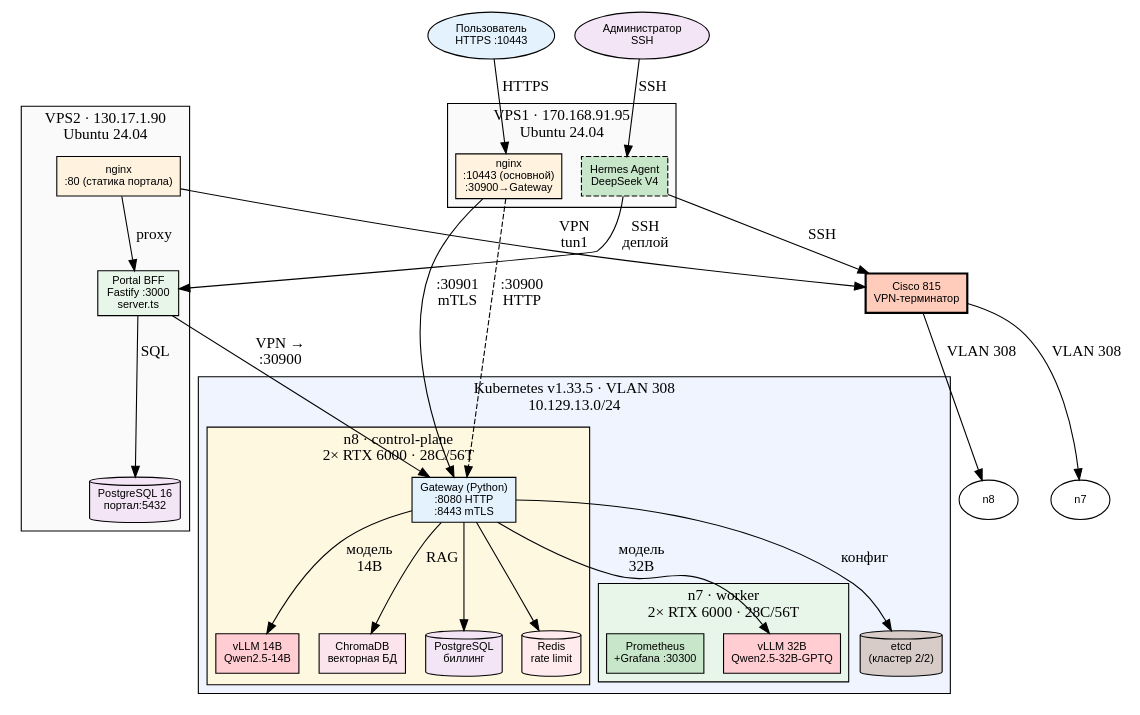
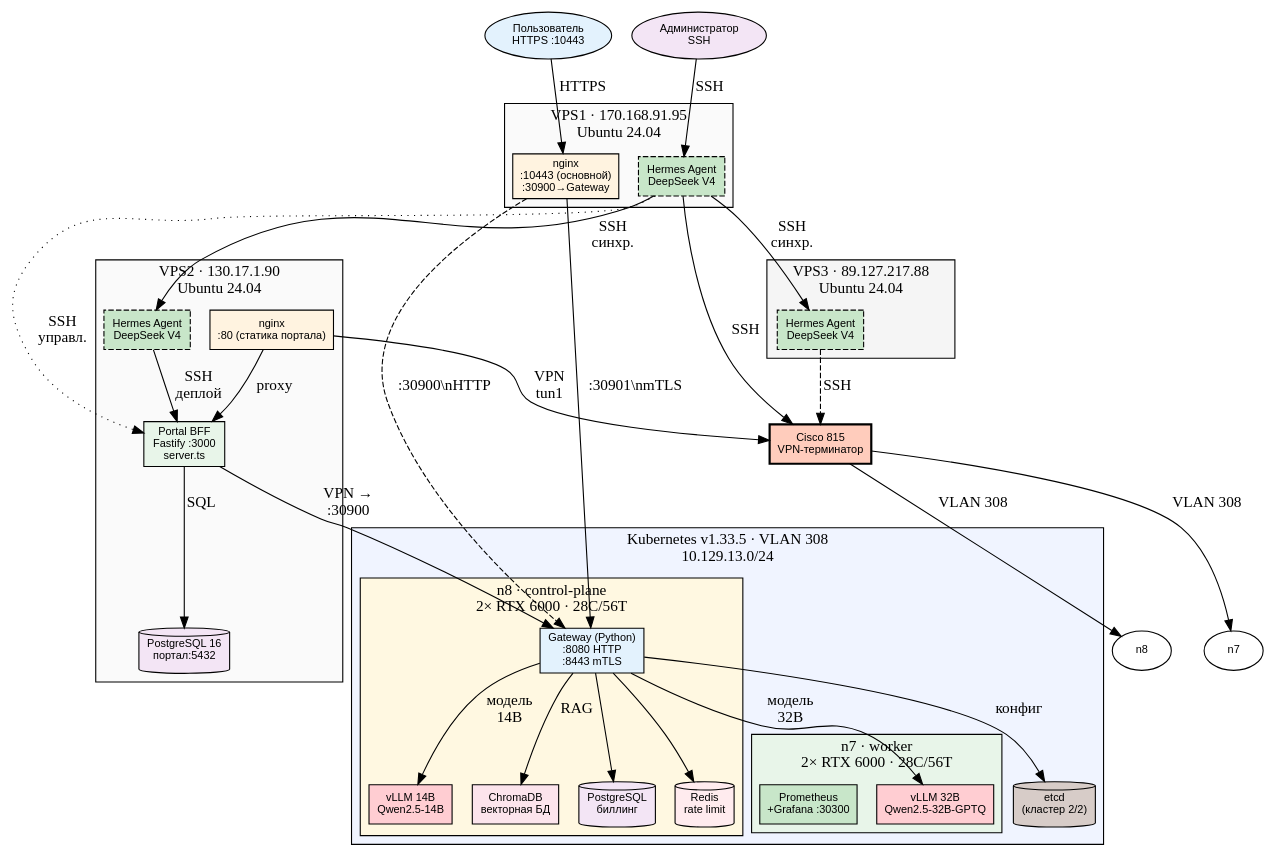
One commit to dedvmedved-dot/aither-project changed the diagram in README.md. Above: the diagram before and after it, drawn with Graphviz. The commit also changed other lines of this file, not shown here.

Commit message:
docs: добавить VPS3 + Hermes VPS2/VPS3 в схему, таблицу и сеть

````diff
--- a/README.md
+++ b/README.md
@@ -29,6 +29,14 @@
         nginx_vps2 [label="nginx\n:80 (статика портала)", shape=box, style=filled, fillcolor="#fff3e0"];
         bff [label="Portal BFF\nFastify :3000\nserver.ts", shape=box, style=filled, fillcolor="#e8f5e9"];
         pg_portal [label="PostgreSQL 16\nпортал:5432", shape=cylinder, style=filled, fillcolor="#f3e5f5"];
+        hermes_vps2 [label="Hermes Agent\nDeepSeek V4", shape=box, style="filled,dashed", fillcolor="#c8e6c9"];
+    }
+
+    // VPS3
+    subgraph cluster_vps3 {
+        label="VPS3 · 89.127.217.88\nUbuntu 24.04";
+        bgcolor="#f5f5f5";
+        hermes_vps3 [label="Hermes Agent\nDeepSeek V4", shape=box, style="filled,dashed", fillcolor="#c8e6c9"];
     }
 
     // K8s Cluster
@@ -62,9 +70,8 @@
     // Connections
     user -> nginx_vps1 [label="HTTPS"];
     admin -> hermes [label="SSH"];
-    nginx_vps1 -> gw [label=":30900\nHTTP", style=dashed];
-    nginx_vps1 -> gw [label=":30901\nmTLS"];
-    hermes -> bff [label="SSH\nдеплой"];
+    nginx_vps1 -> gw [label=":30900\\nHTTP", style=dashed];
+    nginx_vps1 -> gw [label=":30901\\nmTLS"];
 
     nginx_vps2 -> bff [label="proxy"];
     bff -> pg_portal [label="SQL"];
@@ -83,5 +90,10 @@
     cisco -> n7 [label="VLAN 308"];
     nginx_vps2 -> cisco [label="VPN\ntun1"];
     hermes -> cisco [label="SSH"];
+    hermes -> bff [label="SSH\nуправл.", style=dotted];
+    hermes -> hermes_vps2 [label="SSH\nсинхр."];
+    hermes -> hermes_vps3 [label="SSH\nсинхр."];
+    hermes_vps2 -> bff [label="SSH\nдеплой"];
+    hermes_vps3 -> cisco [label="SSH", style=dashed];
 }
 ```
````
